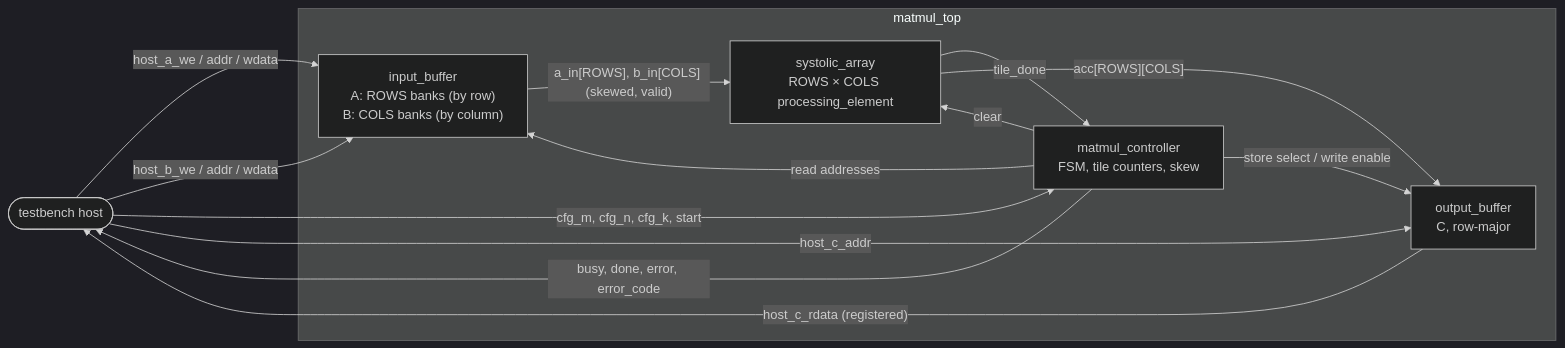
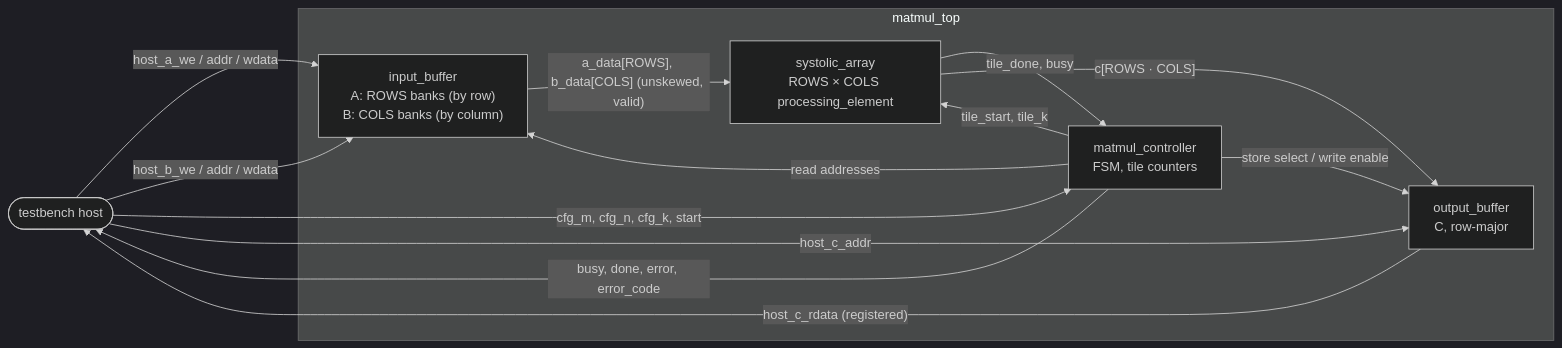
Before and after one commit to KeyesCode/virtual-cpu: the diagram in docs/hardware/accelerators/architecture.md, drawn with Mermaid (dark theme). The commit also changed other lines of this file and 2 other files, not shown here.

Commit message:
docs(accel): systolic-array.md with the traced 4x4 K=3 tile; architecture contract moves the skew into the array

````diff
--- a/docs/hardware/accelerators/architecture.md
+++ b/docs/hardware/accelerators/architecture.md
@@ -59,21 +59,21 @@
 ```mermaid
 flowchart LR
   host([testbench host]) -- "host_a_we / addr / wdata" --> ib
   host -- "host_b_we / addr / wdata" --> ib
   host -- "cfg_m, cfg_n, cfg_k, start" --> ctrl
   ctrl -- "busy, done, error, error_code" --> host
   subgraph matmul_top
-    ctrl[matmul_controller<br/>FSM, tile counters, skew]
+    ctrl[matmul_controller<br/>FSM, tile counters]
     ib["input_buffer<br/>A: ROWS banks (by row)<br/>B: COLS banks (by column)"]
     sa["systolic_array<br/>ROWS × COLS processing_element"]
     ob[output_buffer<br/>C, row-major]
     ctrl -- "read addresses" --> ib
-    ib -- "a_in[ROWS], b_in[COLS] (skewed, valid)" --> sa
-    ctrl -- "clear" --> sa
-    sa -- "tile_done" --> ctrl
-    sa -- "acc[ROWS][COLS]" --> ob
+    ib -- "a_data[ROWS], b_data[COLS] (unskewed, valid)" --> sa
+    ctrl -- "tile_start, tile_k" --> sa
+    sa -- "tile_done, busy" --> ctrl
+    sa -- "c[ROWS · COLS]" --> ob
     ctrl -- "store select / write enable" --> ob
   end
   ob -- "host_c_rdata (registered)" --> host
   host -- "host_c_addr" --> ob
 ```
````
